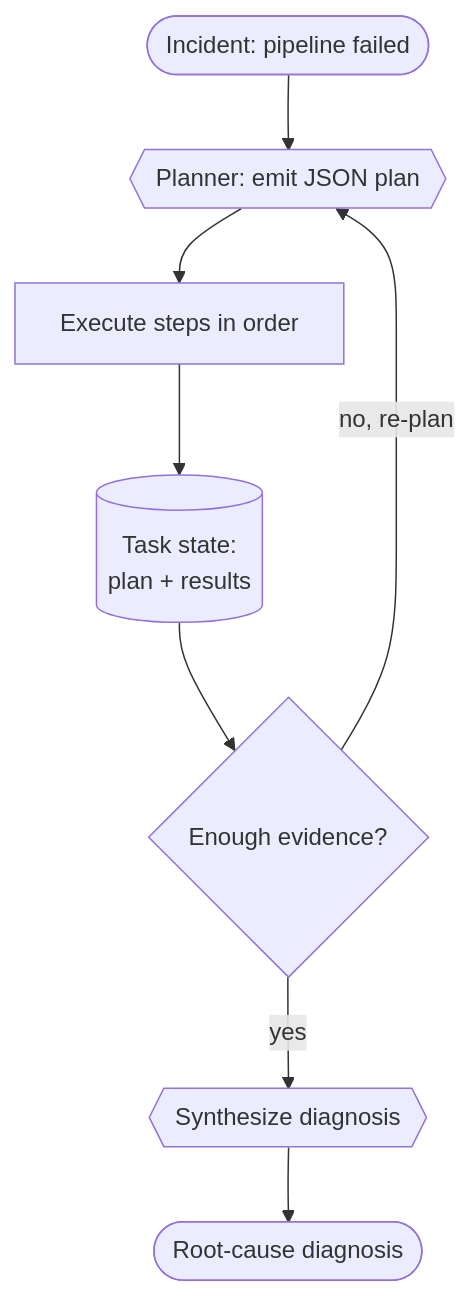
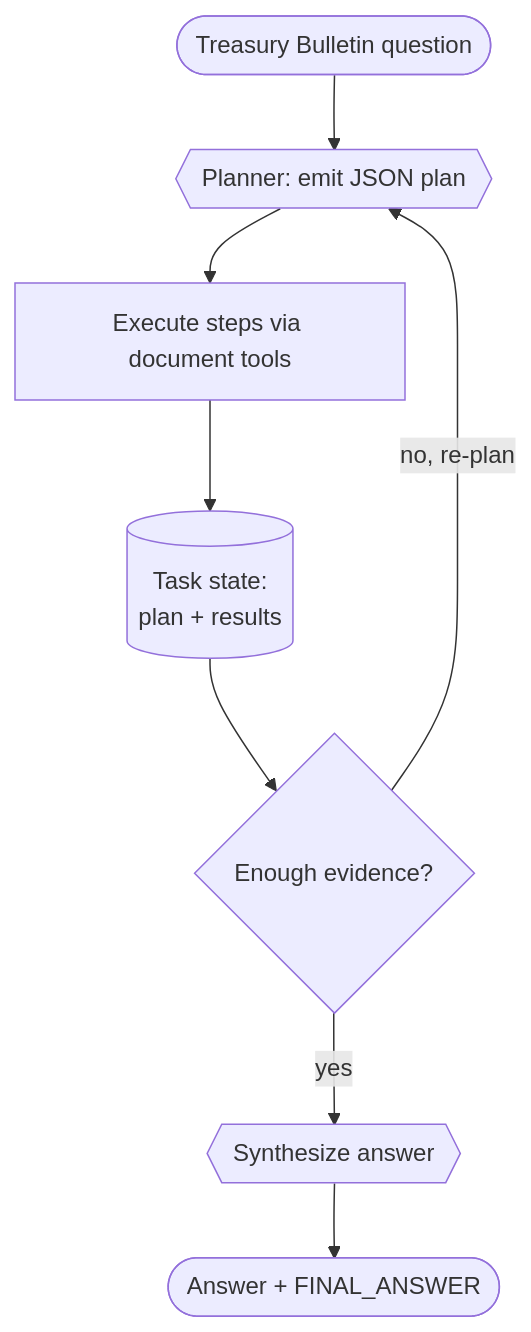
One commit to jtaylorisbell/agentic-facets changed the diagram in recipes/03_planner_executor/diagram.mmd. Above: the diagram before and after it, drawn with Mermaid. The commit also changed 51 other files, not shown here.

```diff
--- a/recipes/03_planner_executor/diagram.mmd
+++ b/recipes/03_planner_executor/diagram.mmd
@@ -1,8 +1,8 @@
 flowchart TB
-    In([Incident: pipeline failed]) --> P{{Planner: emit JSON plan}}
-    P --> E[Execute steps in order]
+    Q([Treasury Bulletin question]) --> P{{Planner: emit JSON plan}}
+    P --> E[Execute steps via document tools]
     E --> Store[(Task state:<br/>plan + results)]
     Store --> I{Enough evidence?}
     I -->|no, re-plan| P
-    I -->|yes| S{{Synthesize diagnosis}}
-    S --> Out([Root-cause diagnosis])
+    I -->|yes| S{{Synthesize answer}}
+    S --> Out([Answer + FINAL_ANSWER])
```
